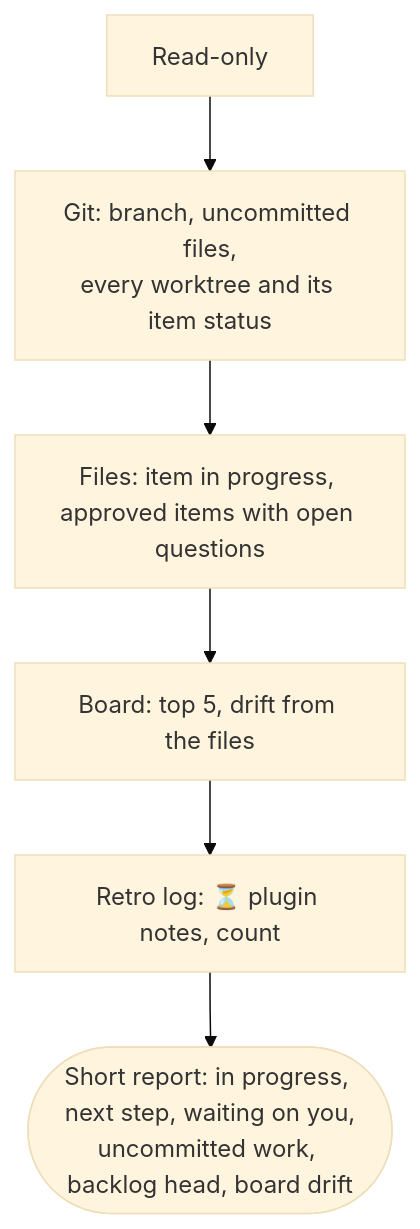
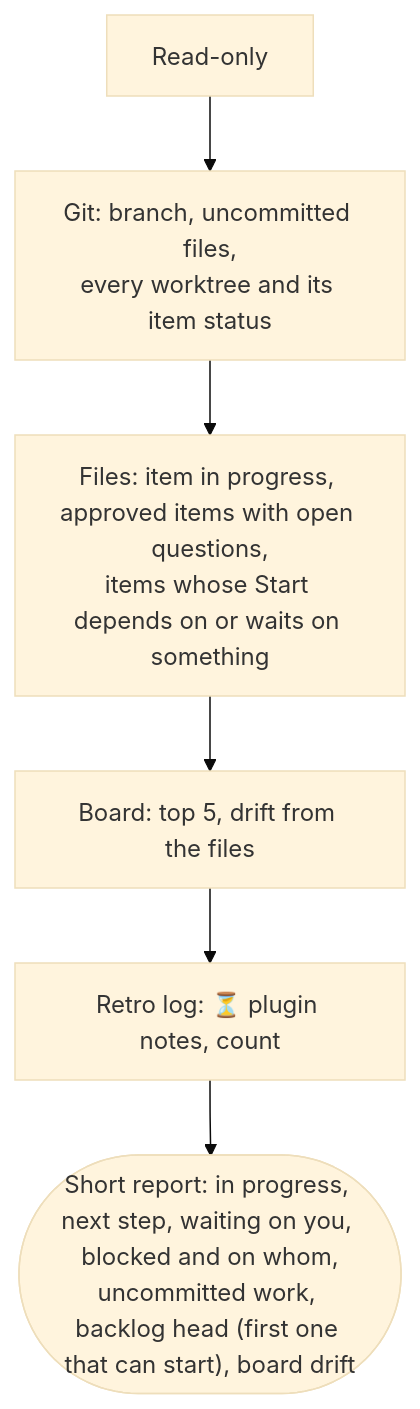
One commit to alexcanario/simulab changed diagram 15 of 18 in docs/agile/workflow.md. Above: the diagram before and after it, drawn with Mermaid (base theme). The commit also changed other lines of this file and 11 other files, not shown here.

````diff
--- a/docs/agile/workflow.md
+++ b/docs/agile/workflow.md
@@ -1106,8 +1327,8 @@
 ```mermaid
 flowchart TD
     A["Read-only"] --> B["Git: branch, uncommitted files,<br/>every worktree and its item status"]
-    B --> C["Files: item in progress, approved items with open questions"]
+    B --> C["Files: item in progress, approved items with open questions,<br/>items whose Start depends on or waits on something"]
     C --> D["Board: top 5, drift from the files"]
     D --> E["Retro log: ⏳ plugin notes, count"]
-    E --> F(["Short report: in progress, next step, waiting on you,<br/>uncommitted work, backlog head, board drift"])
+    E --> F(["Short report: in progress, next step, waiting on you, blocked and on whom,<br/>uncommitted work, backlog head (first one that can start), board drift"])
 ```
````
